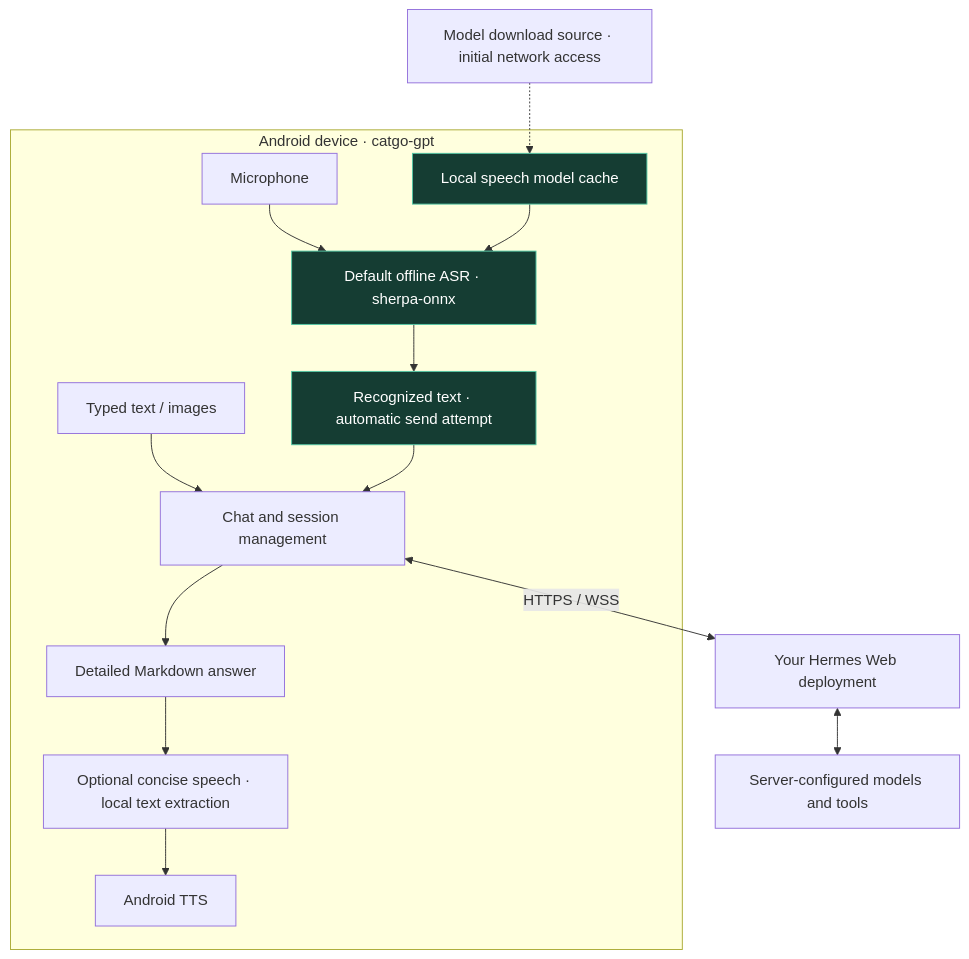
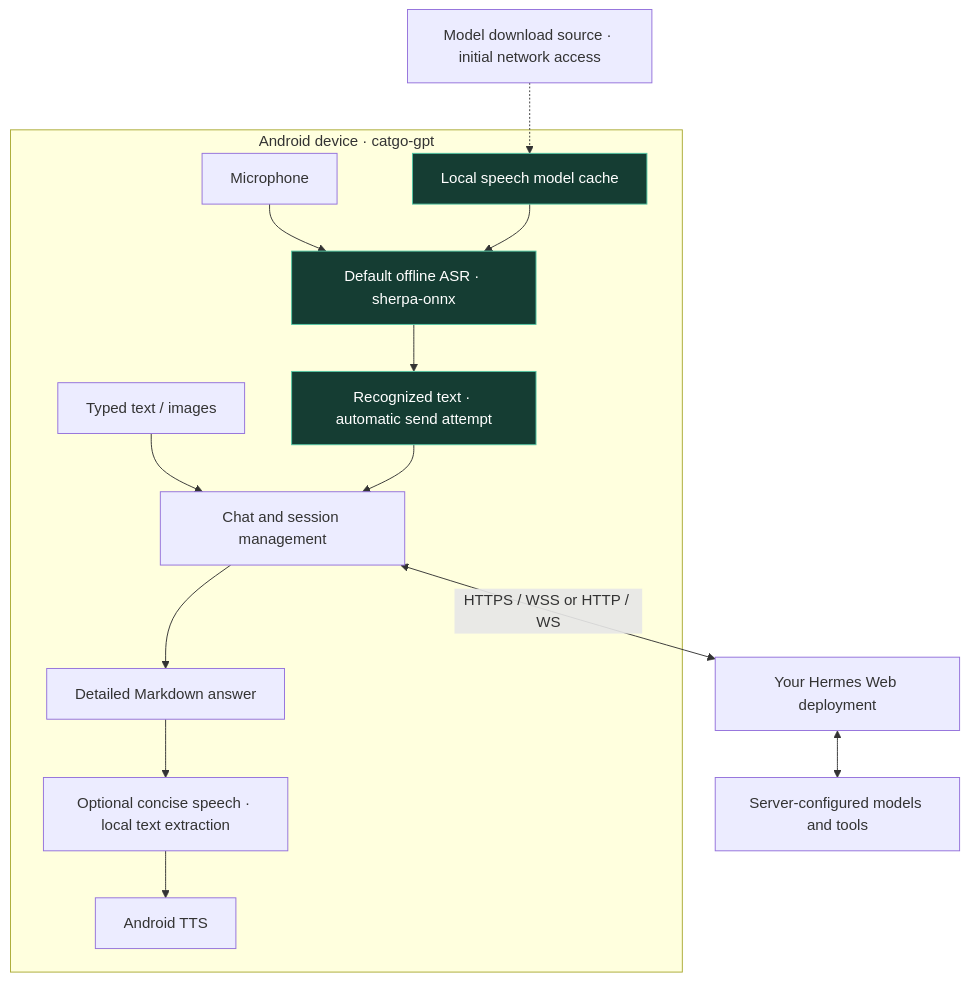
The second of 2 diagrams in README.md (zhangckid/hermes-apk), drawn with Mermaid before and after one commit. The commit also changed other lines of this file and 21 other files, not shown here.

````diff
--- a/README.md
+++ b/README.md
@@ -52,18 +52,18 @@
 ```mermaid
 flowchart TD
     subgraph Phone["Android device · catgo-gpt"]
         Mic["Microphone"] --> ASR["Default offline ASR · sherpa-onnx"]
         Model["Local speech model cache"] --> ASR
         ASR --> Text["Recognized text · automatic send attempt"]
         Input["Typed text / images"] --> Chat["Chat and session management"]
         Text --> Chat
         Chat --> View["Detailed Markdown answer"]
         View --> Summary["Optional concise speech · local text extraction"]
         Summary --> TTS["Android TTS"]
     end
     Download["Model download source · initial network access"] -.-> Model
-    Chat <-->|HTTPS / WSS| Hermes["Your Hermes Web deployment"]
+    Chat <-->|HTTPS / WSS or HTTP / WS| Hermes["Your Hermes Web deployment"]
     Hermes <--> Provider["Server-configured models and tools"]
     classDef offline fill:#153d33,stroke:#52c7a5,color:#ffffff
     class ASR,Model,Text offline
 ```
````
